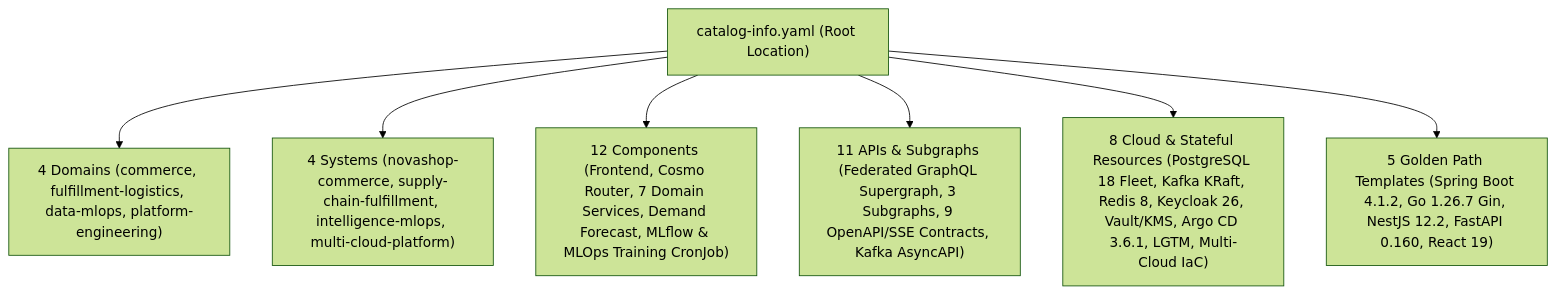
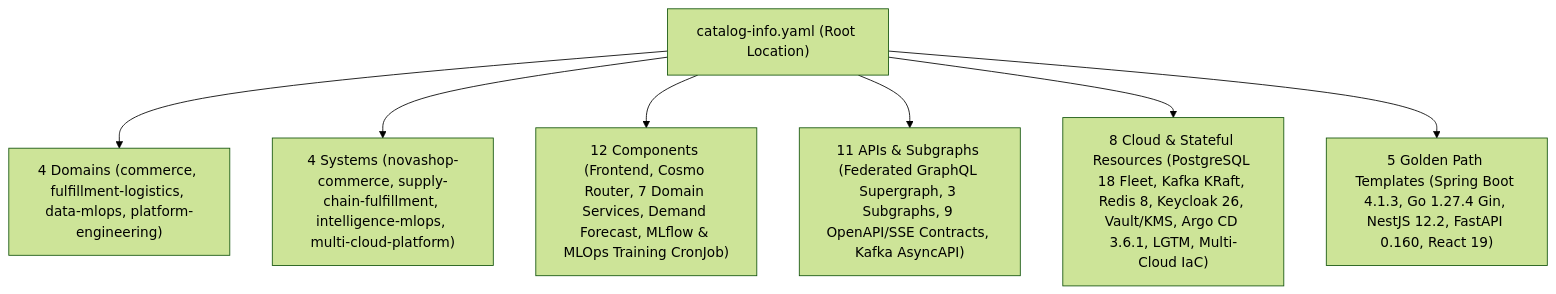
One commit to GeorgeGxx/microservices-architecture changed the diagram in docs/01-architecture/BACKSTAGE_IDP_ARCHITECTURE.md. Above: the diagram before and after it, drawn with Mermaid (forest theme). The commit also changed 22 other files, not shown here.

````diff
--- a/docs/01-architecture/BACKSTAGE_IDP_ARCHITECTURE.md
+++ b/docs/01-architecture/BACKSTAGE_IDP_ARCHITECTURE.md
@@ -22,9 +22,9 @@
 ```mermaid
 flowchart TD
     Root["catalog-info.yaml (Root Location)"] --> Domains["4 Domains (commerce, fulfillment-logistics, data-mlops, platform-engineering)"]
     Root --> Systems["4 Systems (novashop-commerce, supply-chain-fulfillment, intelligence-mlops, multi-cloud-platform)"]
     Root --> Components["12 Components (Frontend, Cosmo Router, 7 Domain Services, Demand Forecast, MLflow & MLOps Training CronJob)"]
     Root --> APIs["11 APIs & Subgraphs (Federated GraphQL Supergraph, 3 Subgraphs, 9 OpenAPI/SSE Contracts, Kafka AsyncAPI)"]
     Root --> Resources["8 Cloud & Stateful Resources (PostgreSQL 18 Fleet, Kafka KRaft, Redis 8, Keycloak 26, Vault/KMS, Argo CD 3.6.1, LGTM, Multi-Cloud IaC)"]
-    Root --> Templates["5 Golden Path Templates (Spring Boot 4.1.2, Go 1.26.7 Gin, NestJS 12.2, FastAPI 0.160, React 19)"]
+    Root --> Templates["5 Golden Path Templates (Spring Boot 4.1.3, Go 1.27.4 Gin, NestJS 12.2, FastAPI 0.160, React 19)"]
 ```
````
